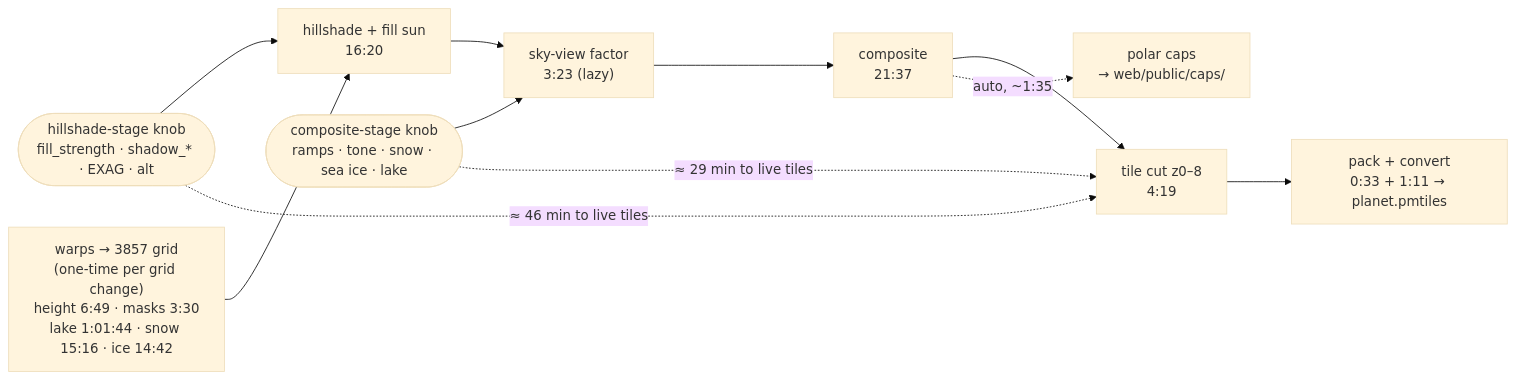
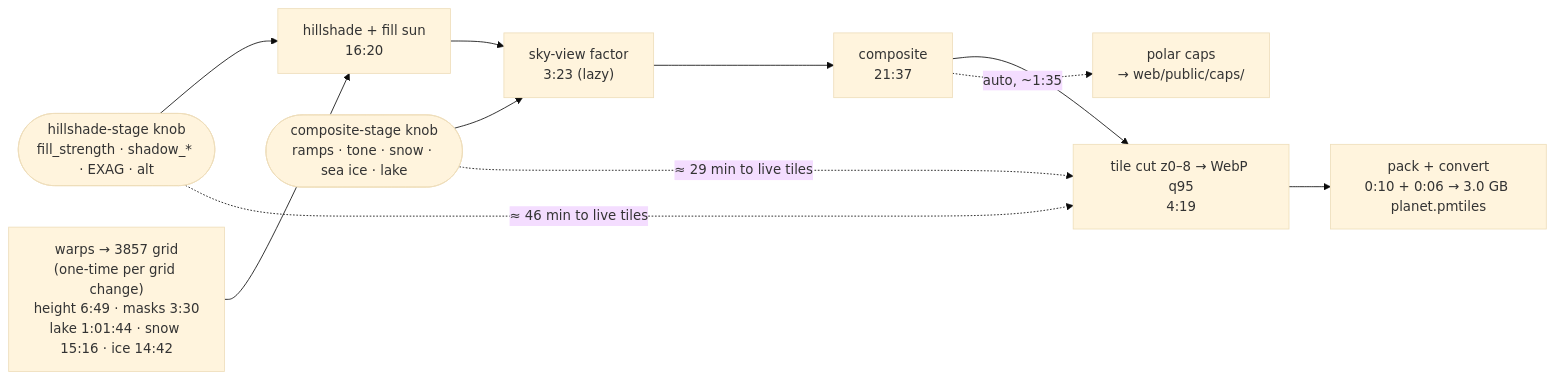
Before and after one commit to Alchez/terrella: the diagram in PROCESS.md, drawn with Mermaid (base theme). The commit also changed other lines of this file and 30 other files, not shown here.

````diff
--- a/PROCESS.md
+++ b/PROCESS.md
@@ -31,12 +35,12 @@
 ```mermaid
 flowchart LR
   HK(["hillshade-stage knob<br/>fill_strength · shadow_* · EXAG · alt"]) --> HS
   CK(["composite-stage knob<br/>ramps · tone · snow · sea ice · lake"]) --> SVF
 
   W["warps → 3857 grid<br/>(one-time per grid change)<br/>height 6:49 · masks 3:30<br/>lake 1:01:44 · snow 15:16 · ice 14:42"] --> HS
-  HS["hillshade + fill sun<br/>16:20"] --> SVF["sky-view factor<br/>3:23 (lazy)"] --> C["composite<br/>21:37"] --> T["tile cut z0–8<br/>4:19"] --> PK["pack + convert<br/>0:33 + 1:11 → planet.pmtiles"]
+  HS["hillshade + fill sun<br/>16:20"] --> SVF["sky-view factor<br/>3:23 (lazy)"] --> C["composite<br/>21:37"] --> T["tile cut z0–8 → WebP q95<br/>4:19"] --> PK["pack + convert<br/>0:10 + 0:06 → 3.0 GB planet.pmtiles"]
   C -. auto, ~1:35 .-> CAP["polar caps<br/>→ web/public/caps/"]
 
   HK -. "≈ 46 min to live tiles" .-> T
   CK -. "≈ 29 min to live tiles" .-> T
 ```
````
